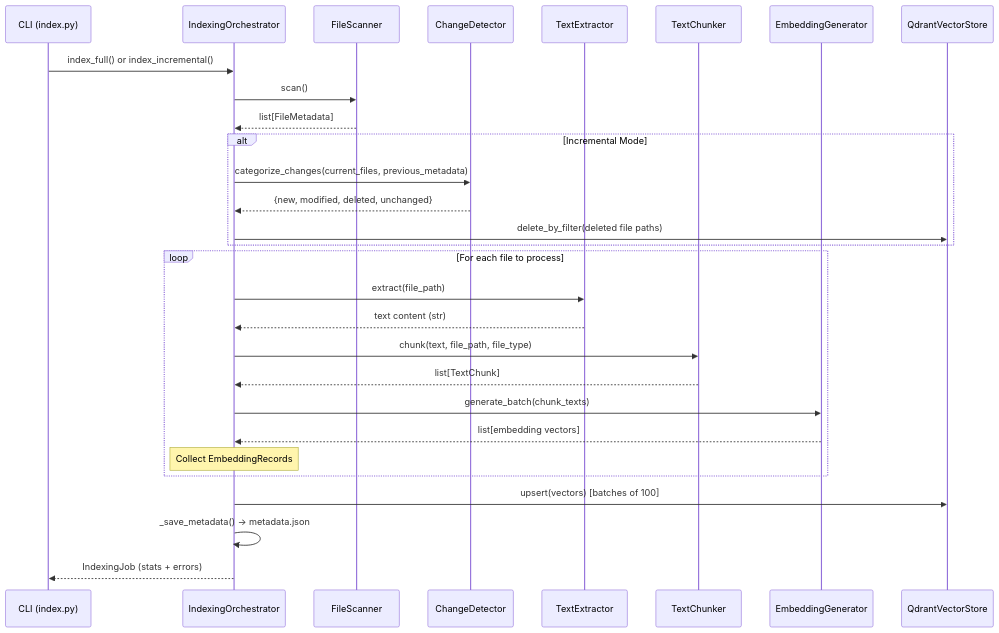
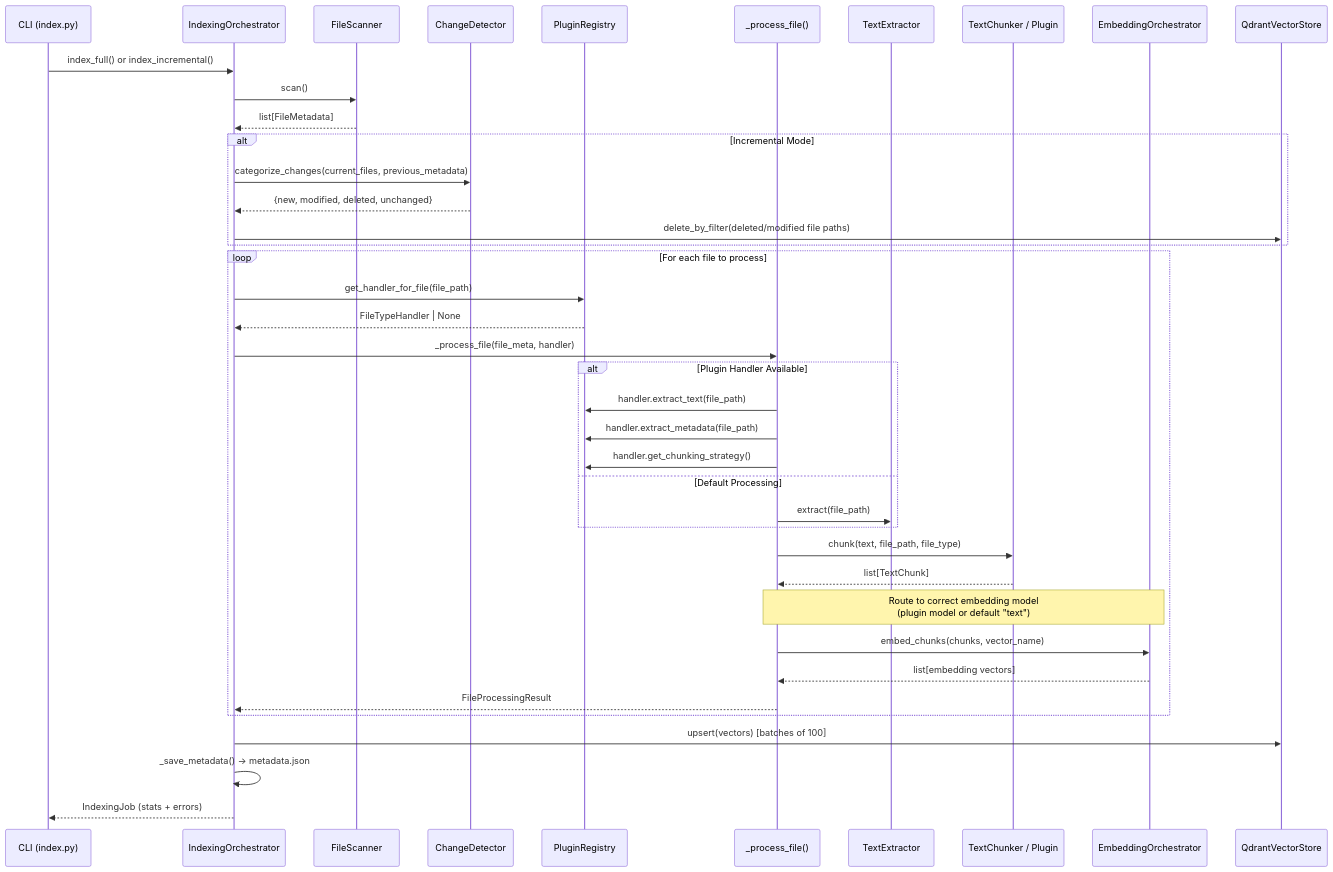
Before and after one commit to kenhia/krag: the second of 7 diagrams in docs/architecture.md, drawn with Mermaid. The commit also changed other lines of this file, not shown here.

First line of the commit message:
docs: comprehensive architecture.md update for 006-code-quality-sprint

````diff
--- a/docs/architecture.md
+++ b/docs/architecture.md
@@ -158,35 +222,49 @@
 ```mermaid
 sequenceDiagram
     participant CLI as CLI (index.py)
     participant IO as IndexingOrchestrator
     participant FS as FileScanner
     participant CD as ChangeDetector
+    participant PR as PluginRegistry
+    participant PF as _process_file()
     participant TE as TextExtractor
-    participant TC as TextChunker
-    participant EG as EmbeddingGenerator
+    participant TC as TextChunker / Plugin
+    participant EO as EmbeddingOrchestrator
     participant VS as QdrantVectorStore
 
     CLI->>IO: index_full() or index_incremental()
     IO->>FS: scan()
     FS-->>IO: list[FileMetadata]
 
     alt Incremental Mode
         IO->>CD: categorize_changes(current_files, previous_metadata)
         CD-->>IO: {new, modified, deleted, unchanged}
-        IO->>VS: delete_by_filter(deleted file paths)
+        IO->>VS: delete_by_filter(deleted/modified file paths)
     end
 
     loop For each file to process
-        IO->>TE: extract(file_path)
-        TE-->>IO: text content (str)
-        IO->>TC: chunk(text, file_path, file_type)
-        TC-->>IO: list[TextChunk]
-        IO->>EG: generate_batch(chunk_texts)
-        EG-->>IO: list[embedding vectors]
-        Note over IO: Collect EmbeddingRecords
+        IO->>PR: get_handler_for_file(file_path)
+        PR-->>IO: FileTypeHandler | None
+        IO->>PF: _process_file(file_meta, handler)
+
+        alt Plugin Handler Available
+            PF->>PR: handler.extract_text(file_path)
+            PF->>PR: handler.extract_metadata(file_path)
+            PF->>PR: handler.get_chunking_strategy()
+        else Default Processing
+            PF->>TE: extract(file_path)
+        end
+
+        PF->>TC: chunk(text, file_path, file_type)
+        TC-->>PF: list[TextChunk]
+
+        Note over PF,EO: Route to correct embedding model<br/>(plugin model or default "text")
+        PF->>EO: embed_chunks(chunks, vector_name)
+        EO-->>PF: list[embedding vectors]
+        PF-->>IO: FileProcessingResult
     end
 
     IO->>VS: upsert(vectors) [batches of 100]
     IO->>IO: _save_metadata() → metadata.json
     IO-->>CLI: IndexingJob (stats + errors)
 ```
````
